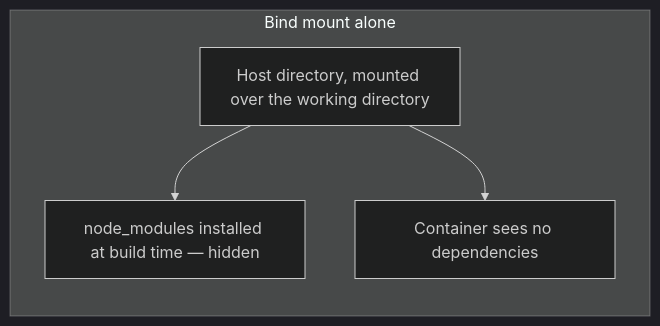
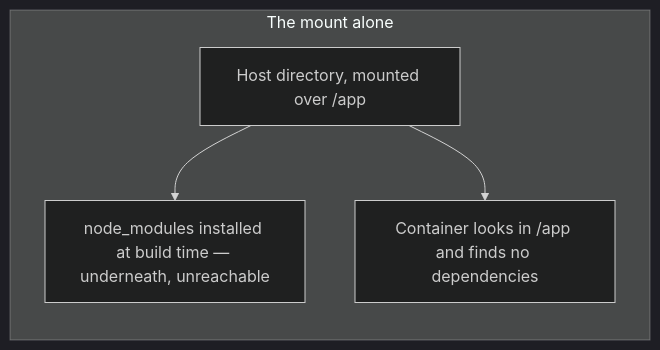
One commit to Dummy-Bug/system-design-handbook changed the third of 4 diagrams in Backend Engineering/19-Docker/11-Bind-Mounts-And-Volumes.md. Above: the diagram before and after it, drawn with Mermaid (dark theme). The commit also changed other lines of this file and 42 other files, not shown here.

````diff
--- a/Backend Engineering/19-Docker/11-Bind-Mounts-And-Volumes.md
+++ b/Backend Engineering/19-Docker/11-Bind-Mounts-And-Volumes.md
@@ -87,9 +337,9 @@
 ```mermaid
 flowchart TB
-    subgraph BEFORE["Bind mount alone"]
+    subgraph BEFORE["The mount alone"]
         direction TB
-        BM["Host directory, mounted over the working directory"]
-        BM --> HID["node_modules installed at build time — hidden"]
-        BM --> MISS["Container sees no dependencies"]
+        BM["Host directory, mounted over /app"]
+        BM --> HID["node_modules installed at build time — underneath, unreachable"]
+        BM --> MISS["Container looks in /app and finds no dependencies"]
     end
 ```
````
